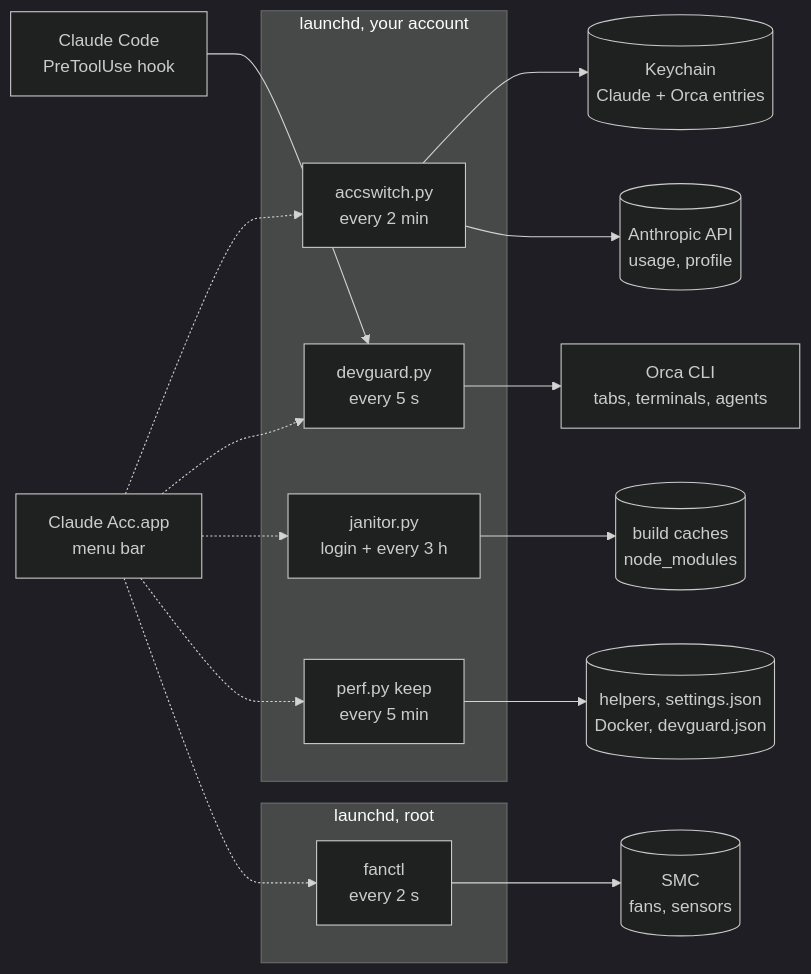
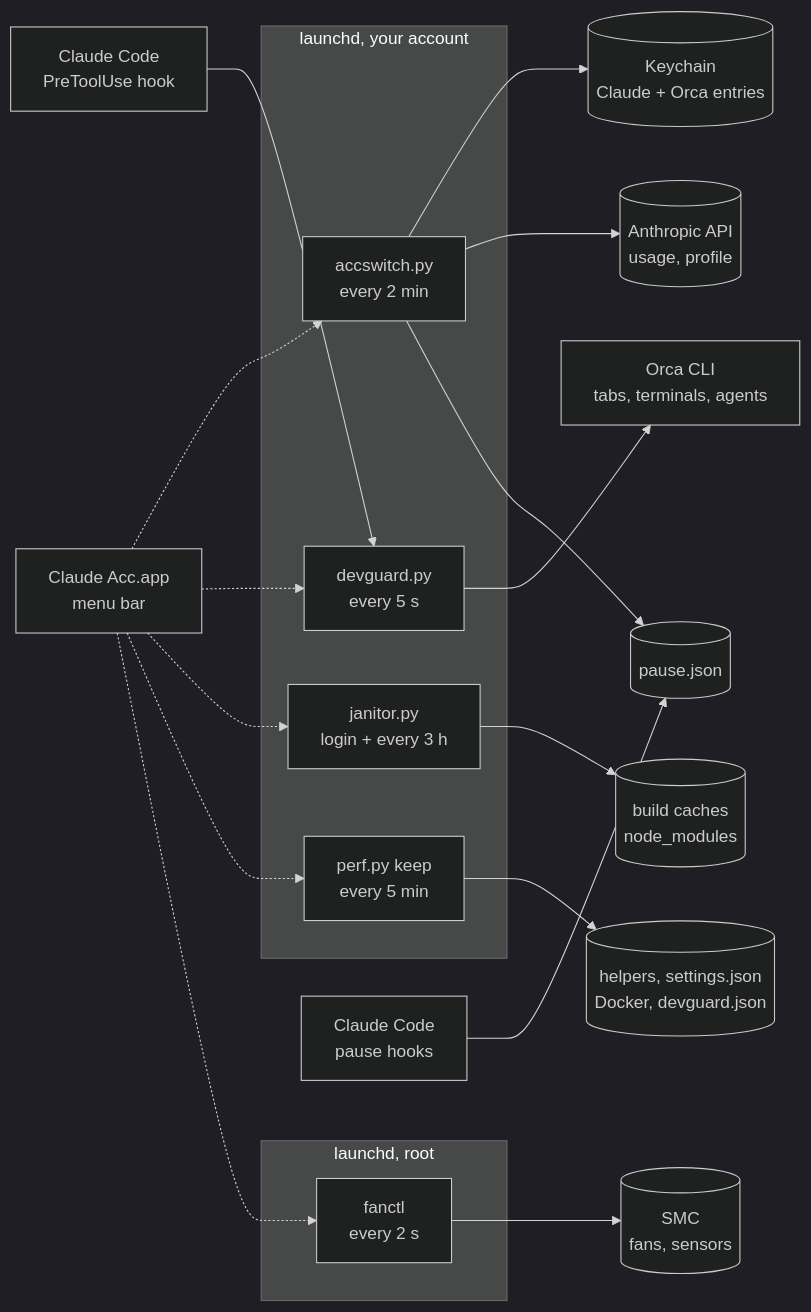
The diagram in README.md (outof-place/claude-acc), drawn with Mermaid (dark theme) before and after one commit. The commit also changed other lines of this file, not shown here.

Commit message:
docs: describe the limit pause and its hooks

````diff
--- a/README.md
+++ b/README.md
@@ -55,27 +55,30 @@
 ```mermaid
 flowchart LR
     app["Claude Acc.app<br/>menu bar"]
     subgraph user["launchd, your account"]
         tick["accswitch.py<br/>every 2 min"]
         guard["devguard.py<br/>every 5 s"]
         janitor["janitor.py<br/>login + every 3 h"]
         perf["perf.py keep<br/>every 5 min"]
     end
     subgraph root["launchd, root"]
         fans["fanctl<br/>every 2 s"]
     end
     hook["Claude Code<br/>PreToolUse hook"]
+    pausehooks["Claude Code<br/>pause hooks"]
+    pause[("pause.json")]
     keychain[("Keychain<br/>Claude + Orca entries")]
     api[("Anthropic API<br/>usage, profile")]
     orca["Orca CLI<br/>tabs, terminals, agents"]
     disk[("build caches<br/>node_modules")]
     tuned[("helpers, settings.json<br/>Docker, devguard.json")]
     smc[("SMC<br/>fans, sensors")]
     app -.-> tick & guard & janitor & perf & fans
-    tick --> keychain & api
+    tick --> keychain & api & pause
+    pausehooks --> pause
     guard --> orca
     janitor --> disk
     perf --> tuned
     fans --> smc
     hook --> guard
 ```
````
